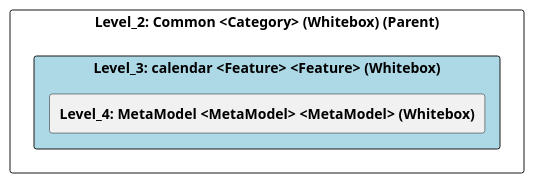
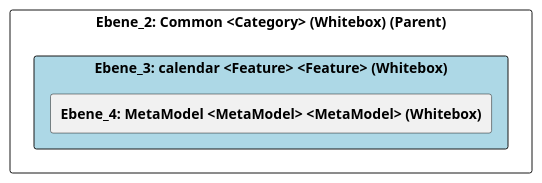
The diagram in doc/cleonproject_deliverables_architecture_model_architecture/adoc/de/05_bausteinsicht/cleon/common/calendar/ebene_3_calendar.adoc (marcozwyssig/cleon), drawn with PlantUML before and after one commit. The commit also changed other lines of this file and 258 other files, not shown here.

```diff
--- a/doc/cleonproject_deliverables_architecture_model_architecture/adoc/de/05_bausteinsicht/cleon/common/calendar/ebene_3_calendar.adoc
+++ b/doc/cleonproject_deliverables_architecture_model_architecture/adoc/de/05_bausteinsicht/cleon/common/calendar/ebene_3_calendar.adoc
@@ -24,24 +24,24 @@
-[plantuml, Level_3: calendar <Feature> <Feature> (Whitebox)BlockOverview, format="svg"]
+[plantuml, Ebene_3: calendar <Feature> <Feature> (Whitebox)BlockOverview, format="svg"]
 ----
-@startuml Level_3: calendar <Feature> <Feature> (Whitebox)BuildingBlockOverview
+@startuml Ebene_3: calendar <Feature> <Feature> (Whitebox)BuildingBlockOverview
 
 skinparam ranksep 10
 skinparam componentStyle rectangle
 skinparam shadowing false
 skinparam arrowColor lightblue
 skinparam arrowThickness 1.2
 skinparam rectangle {
   BackgroundColor White
   BorderColor #333
   RoundCorner 10
 }
 top to bottom direction
 
-component "Level_2: Common <Category> (Whitebox) (Parent)" {
-    component "Level_3: calendar <Feature> <Feature> (Whitebox)" #lightblue {
-        [**Level_4: MetaModel <MetaModel> <MetaModel> (Whitebox)**] as 4A56DE53_D579_11EE_903E_9F564E4DE07E
+component "Ebene_2: Common <Category> (Whitebox) (Parent)" {
+    component "Ebene_3: calendar <Feature> <Feature> (Whitebox)" #lightblue {
+        [**Ebene_4: MetaModel <MetaModel> <MetaModel> (Whitebox)**] as 4A56DE53_D579_11EE_903E_9F564E4DE07E
     }
 }
 
 @enduml
 ----
```
